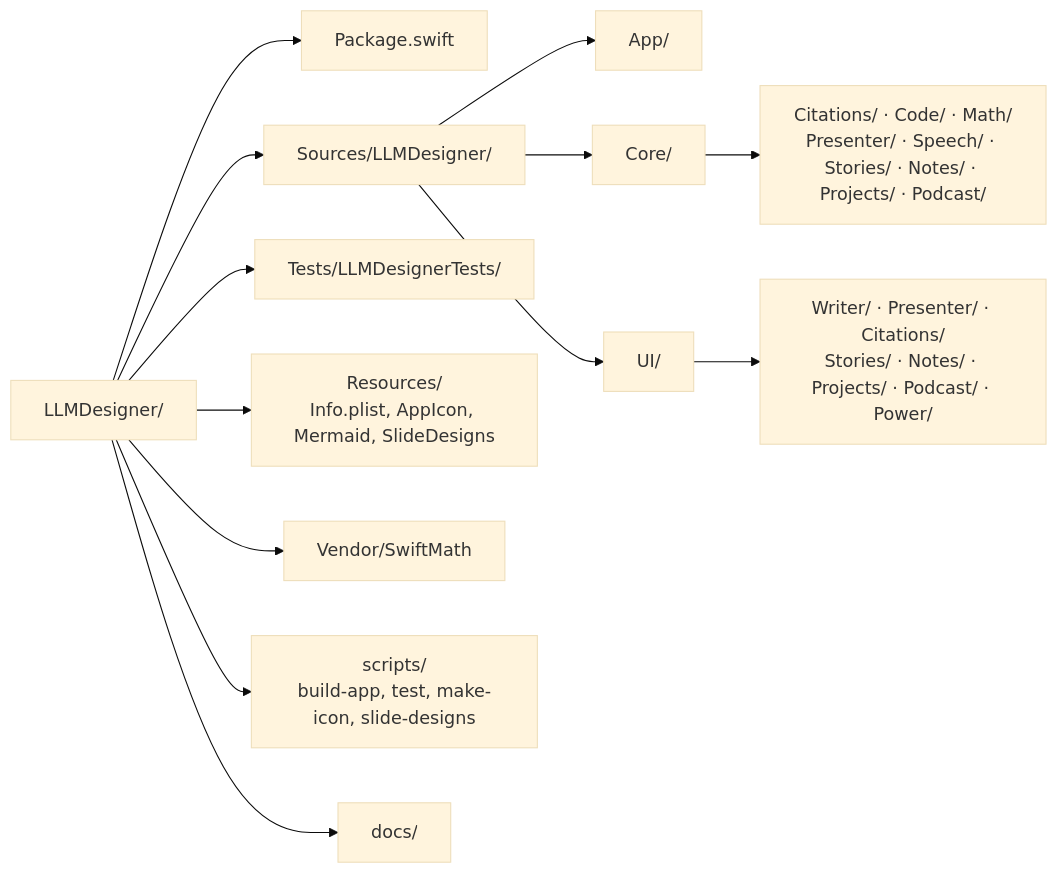
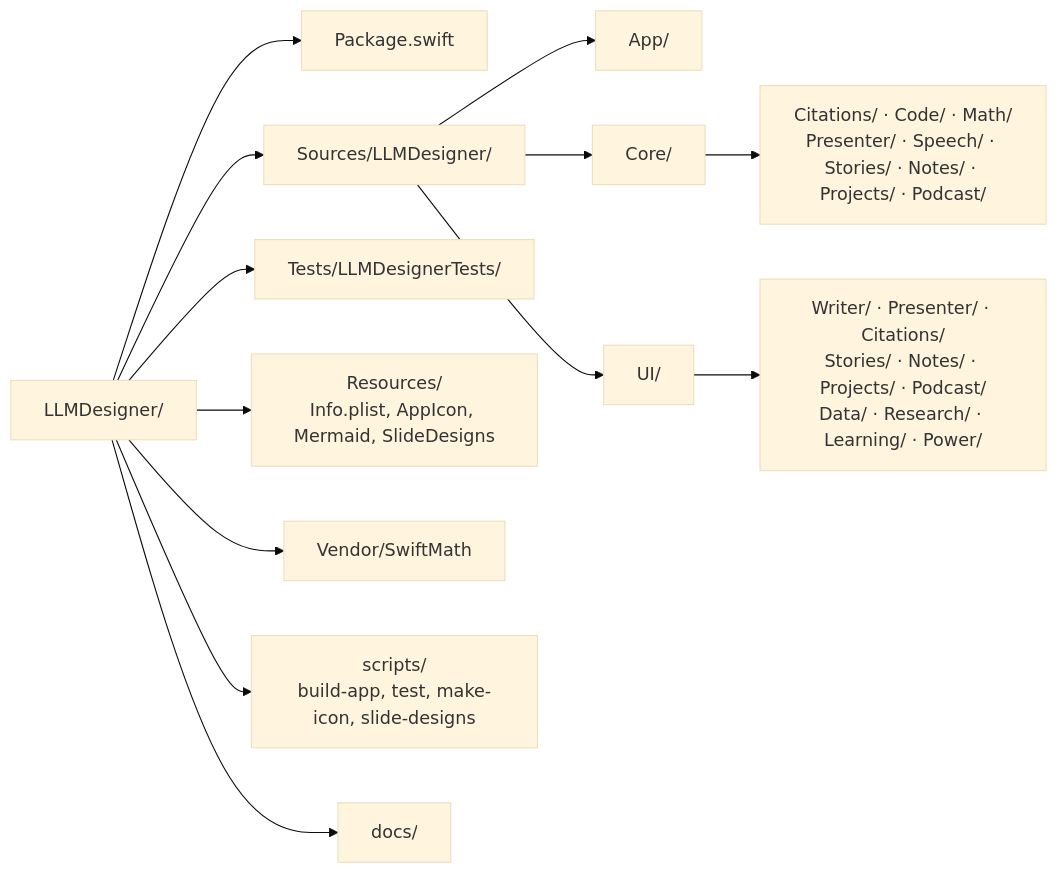
Before and after one commit to AlexEhrenberger/LLMDesigner: the first of 2 diagrams in docs/code.md, drawn with Mermaid (base theme). The commit also changed other lines of this file and 65 other files, not shown here.

First line of the commit message:
Data Studio, Rechercherista und Learning Studio

````diff
--- a/docs/code.md
+++ b/docs/code.md
@@ -27,15 +27,15 @@
 ```mermaid
 flowchart LR
     R["LLMDesigner/"] --> P["Package.swift"]
     R --> S["Sources/LLMDesigner/"]
     R --> T["Tests/LLMDesignerTests/"]
     R --> RE["Resources/<br/>Info.plist, AppIcon, Mermaid, SlideDesigns"]
     R --> V["Vendor/SwiftMath"]
     R --> SC["scripts/<br/>build-app, test, make-icon, slide-designs"]
     R --> D["docs/"]
     S --> A["App/"]
     S --> C["Core/"]
     S --> U["UI/"]
     C --> C1["Citations/ · Code/ · Math/<br/>Presenter/ · Speech/ · Stories/ · Notes/ · Projects/ · Podcast/"]
-    U --> U1["Writer/ · Presenter/ · Citations/<br/>Stories/ · Notes/ · Projects/ · Podcast/ · Power/"]
+    U --> U1["Writer/ · Presenter/ · Citations/<br/>Stories/ · Notes/ · Projects/ · Podcast/<br/>Data/ · Research/ · Learning/ · Power/"]
 ```
````
